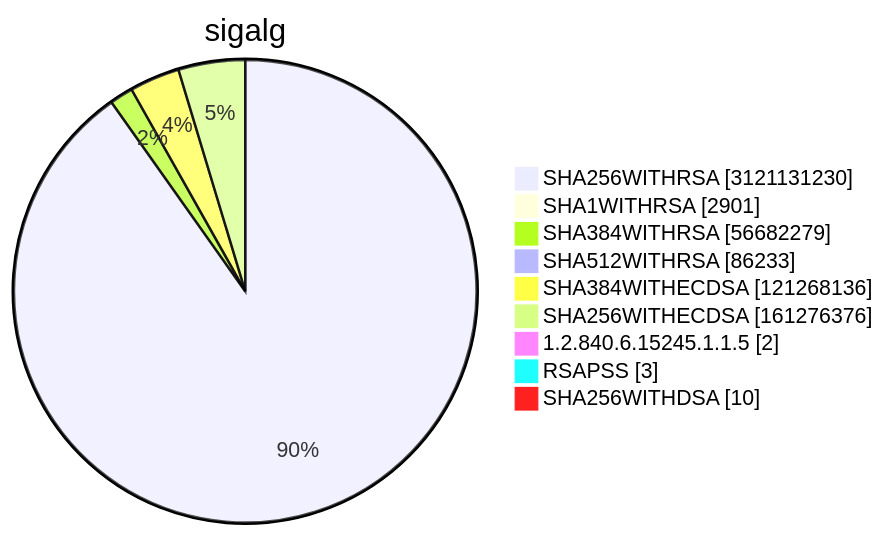
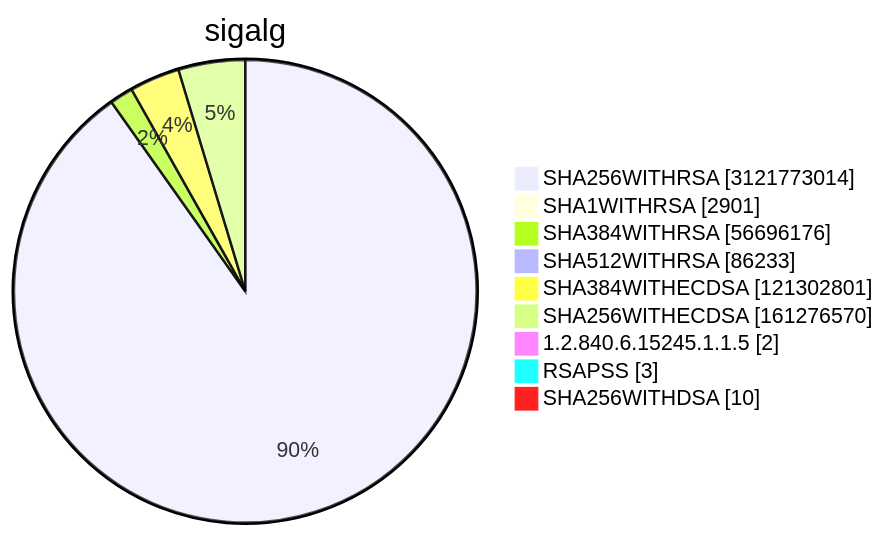
Before and after one commit to christiankrug/ctmonitor_visualization: diagram 15 of 15 in TOTAL/README.md, drawn with Mermaid. The commit also changed other lines of this file, not shown here.

````diff
--- a/TOTAL/README.md
+++ b/TOTAL/README.md
@@ -6212,13 +6212,13 @@
 ```mermaid
 pie showData
 title sigalg
-"SHA256WITHRSA" :3121131230
+"SHA256WITHRSA" :3121773014
 "SHA1WITHRSA" :2901
-"SHA384WITHRSA" :56682279
+"SHA384WITHRSA" :56696176
 "SHA512WITHRSA" :86233
-"SHA384WITHECDSA" :121268136
-"SHA256WITHECDSA" :161276376
+"SHA384WITHECDSA" :121302801
+"SHA256WITHECDSA" :161276570
 "1.2.840.6.15245.1.1.5" :2
 "RSAPSS" :3
 "SHA256WITHDSA" :10
 ```
````
